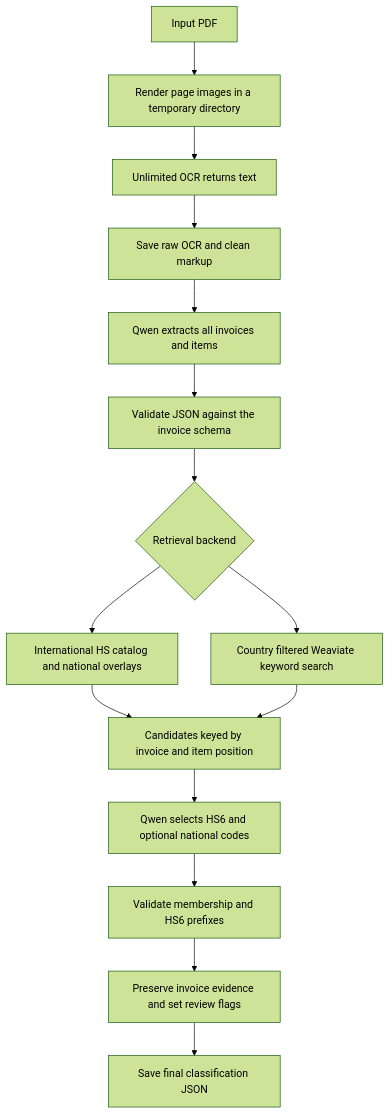
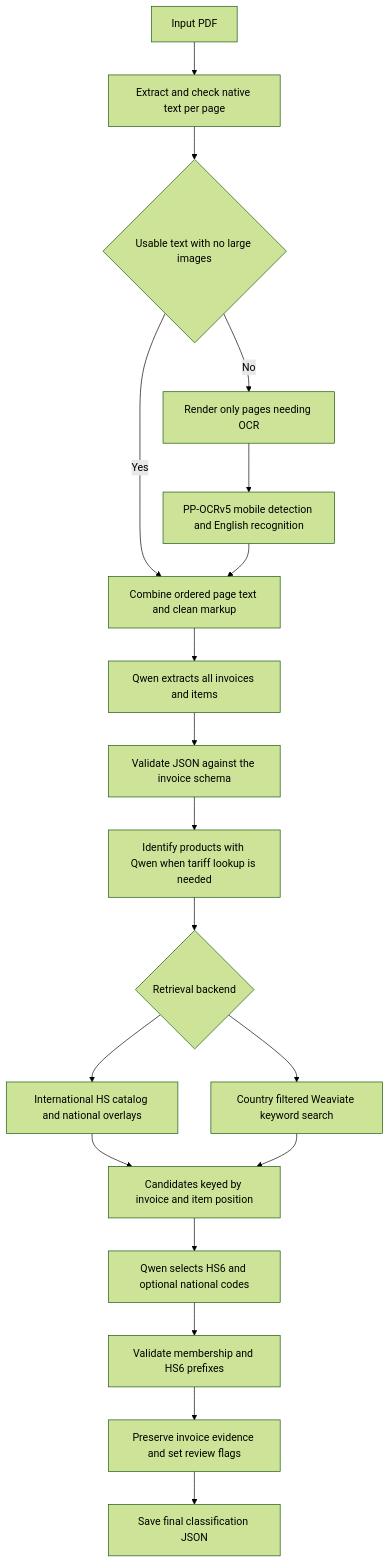
One commit to Bugslogger/ocr-ai changed the diagram in AI/README.md. Above: the diagram before and after it, drawn with Mermaid (forest theme). The commit also changed other lines of this file and 35 other files, not shown here.

````diff
--- a/AI/README.md
+++ b/AI/README.md
@@ -9,17 +9,21 @@
 ```mermaid
 flowchart TD
-    A[Input PDF] --> B[Render page images in a temporary directory]
-    B --> C[Unlimited OCR returns text]
-    C --> D[Save raw OCR and clean markup]
+    A[Input PDF] --> T[Extract and check native text per page]
+    T --> U{Usable text with no large images}
+    U -->|Yes| D[Combine ordered page text and clean markup]
+    U -->|No| B[Render only pages needing OCR]
+    B --> C[PP-OCRv5 mobile detection and English recognition]
+    C --> D
     D --> E[Qwen extracts all invoices and items]
     E --> F[Validate JSON against the invoice schema]
-    F --> G{Retrieval backend}
+    F --> P[Identify products with Qwen when tariff lookup is needed]
+    P --> G{Retrieval backend}
     G --> H[International HS catalog and national overlays]
     G --> I[Country filtered Weaviate keyword search]
     H --> J[Candidates keyed by invoice and item position]
     I --> J
     J --> K[Qwen selects HS6 and optional national codes]
     K --> L[Validate membership and HS6 prefixes]
     L --> M[Preserve invoice evidence and set review flags]
     M --> N[Save final classification JSON]
 ```
````
